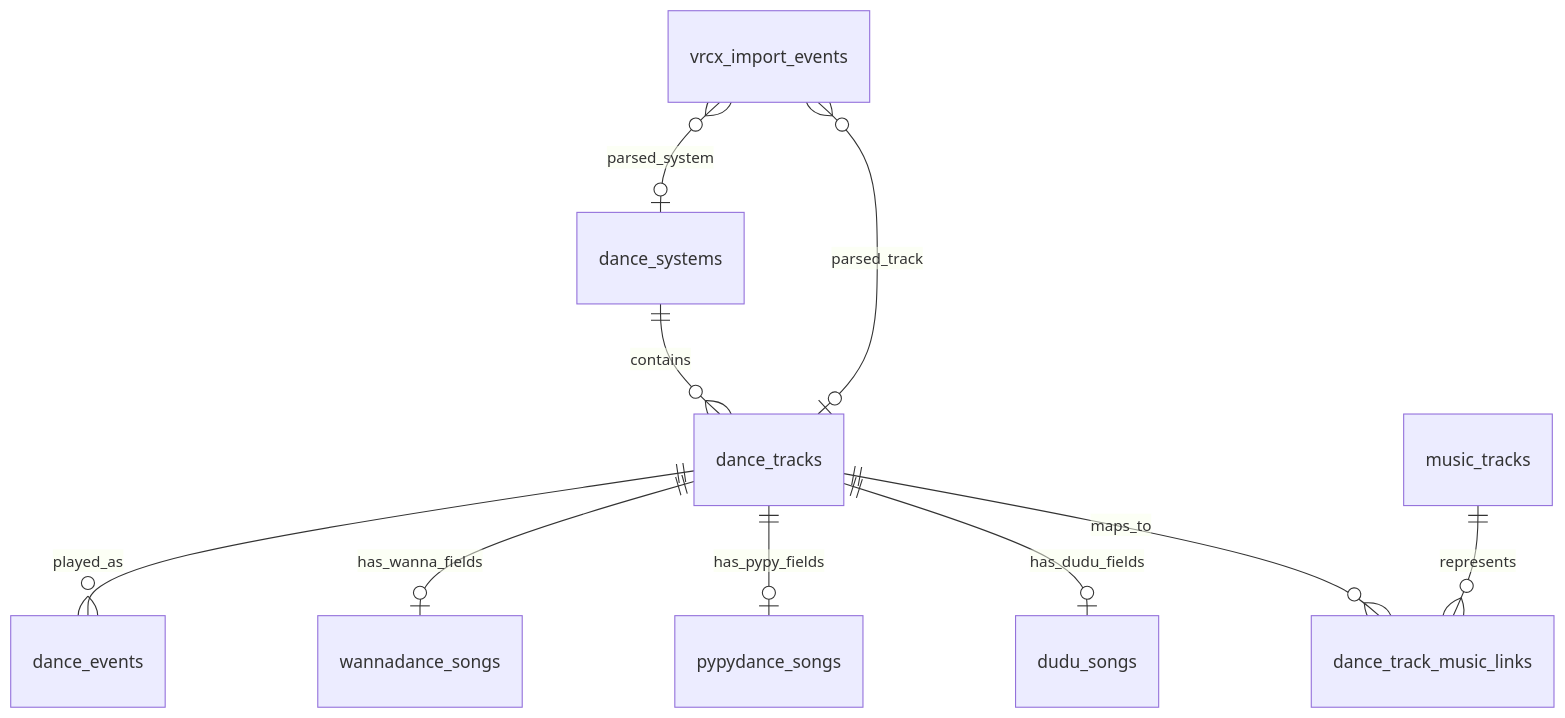
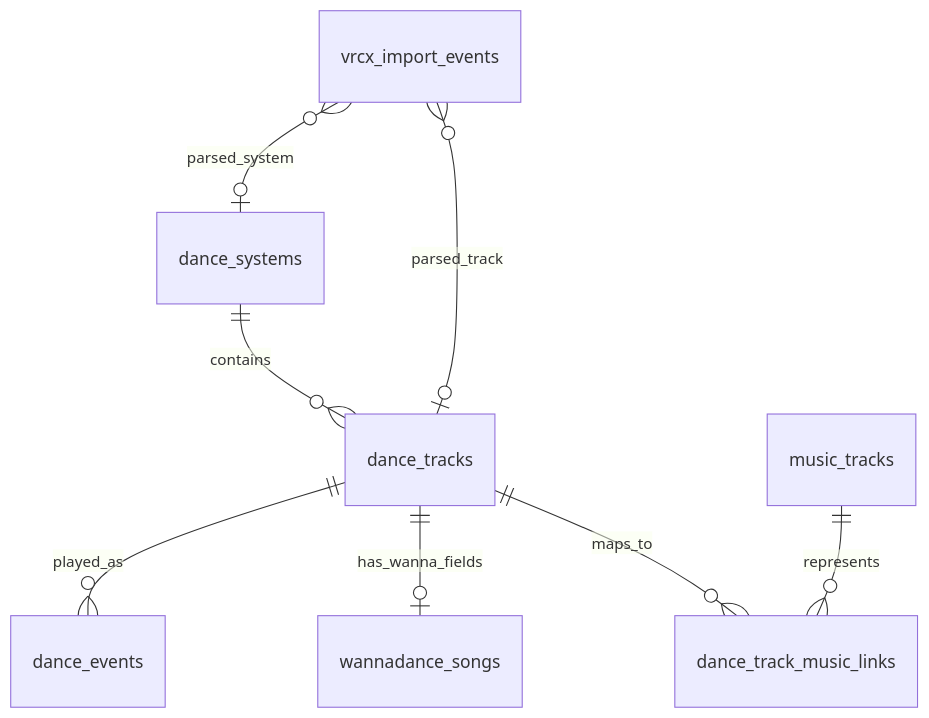
The diagram in docs/dance_data_model.md (SW26010/dance-trail), drawn with Mermaid before and after one commit. The commit also changed other lines of this file and 9 other files, not shown here.

````diff
--- a/docs/dance_data_model.md
+++ b/docs/dance_data_model.md
@@ -323,14 +241,12 @@
 ```mermaid
 erDiagram
     dance_systems ||--o{ dance_tracks : contains
     dance_tracks ||--o{ dance_events : played_as
     dance_tracks ||--o| wannadance_songs : has_wanna_fields
-    dance_tracks ||--o| pypydance_songs : has_pypy_fields
-    dance_tracks ||--o| dudu_songs : has_dudu_fields
 
     dance_tracks ||--o{ dance_track_music_links : maps_to
     music_tracks ||--o{ dance_track_music_links : represents
 
     vrcx_import_events }o--o| dance_systems : parsed_system
     vrcx_import_events }o--o| dance_tracks : parsed_track
 ```
````
